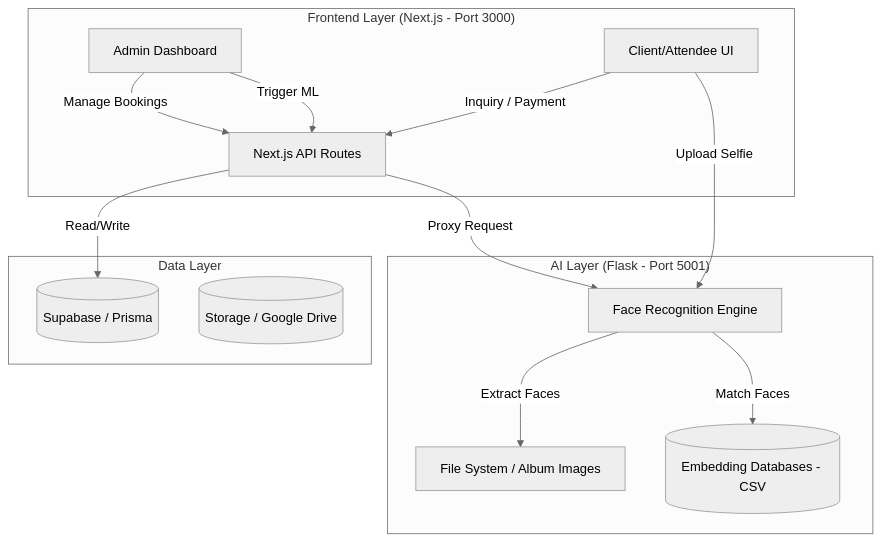
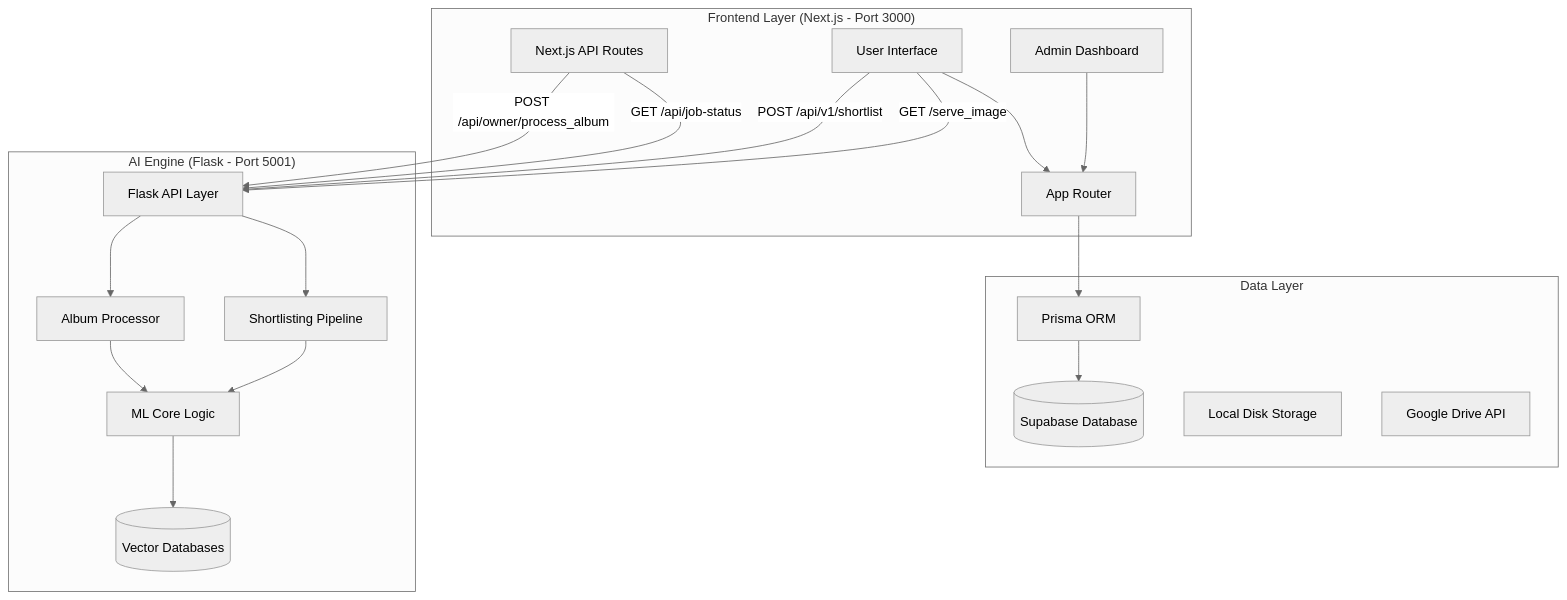
The diagram in REPORT.md (SujalSawardekar/ssphotofilms), drawn with Mermaid (neutral theme) before and after one commit. The commit also changed other lines of this file and 2 other files, not shown here.

````diff
--- a/REPORT.md
+++ b/REPORT.md
@@ -11,31 +11,43 @@
 ```mermaid
 graph TD
     subgraph "Frontend Layer (Next.js - Port 3000)"
+        UI[User Interface]
         Admin[Admin Dashboard]
-        Client[Client/Attendee UI]
-        API[Next.js API Routes]
+        Routes[App Router]
+        API_Proxy[Next.js API Routes]
     end
 
     subgraph "Data Layer"
-        SB[(Supabase / Prisma)]
-        S3[(Storage / Google Drive)]
+        Prisma[Prisma ORM]
+        SB[(Supabase Database)]
+        LocalFS[Local Disk Storage]
+        GDrive[Google Drive API]
     end
 
-    subgraph "AI Layer (Flask - Port 5001)"
-        ML[Face Recognition Engine]
-        DB[(Embedding Databases - CSV)]
-        FS[File System / Album Images]
+    subgraph "AI Engine (Flask - Port 5001)"
+        Flask[Flask API Layer]
+        ML_Core[ML Core Logic]
+        ALBUM[Album Processor]
+        SHORT[Shortlisting Pipeline]
+        CSV_DB[(Vector Databases)]
     end
 
-    %% Interactions
-    Admin -->|Manage Bookings| API
-    Client -->|Inquiry / Payment| API
-    API -->|Read/Write| SB
-    
-    %% AI Connection
-    Admin -->|Trigger ML| API
-    API -->|Proxy Request| ML
-    ML -->|Extract Faces| FS
-    ML -->|Match Faces| DB
-    Client -->|Upload Selfie| ML
+    %% Flow: User/Admin -> Frontend -> API -> Database
+    UI --> Routes
+    Admin --> Routes
+    Routes --> Prisma
+    Prisma --> SB
+
+    %% Flow: Frontend -> AI Engine
+    API_Proxy -->|POST /api/owner/process_album| Flask
+    API_Proxy -->|GET /api/job-status| Flask
+    UI -->|POST /api/v1/shortlist| Flask
+    UI -->|GET /serve_image| Flask
+
+    %% Flow: AI Engine internal
+    Flask --> ALBUM
+    Flask --> SHORT
+    ALBUM --> ML_Core
+    SHORT --> ML_Core
+    ML_Core --> CSV_DB
 ```
````
